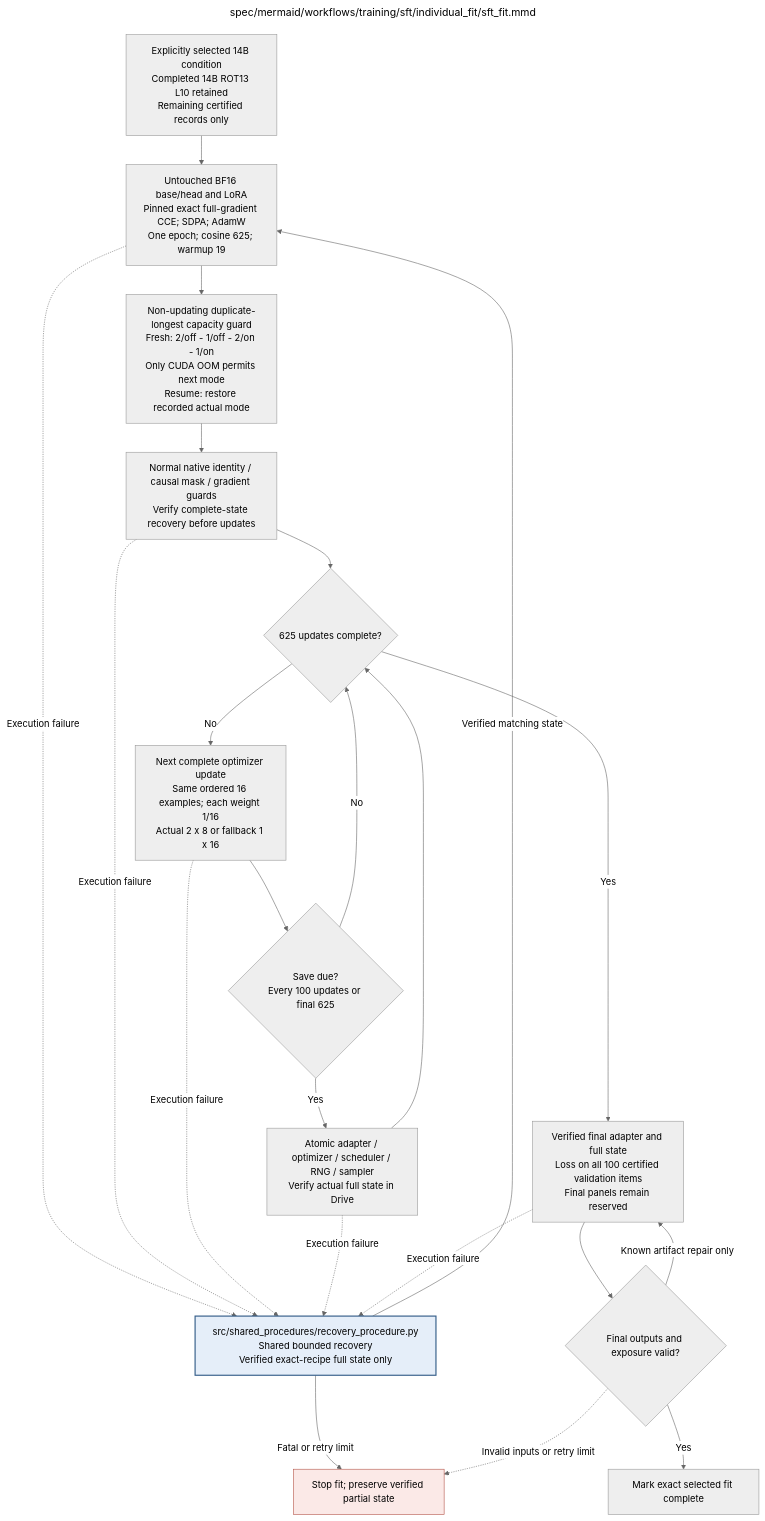
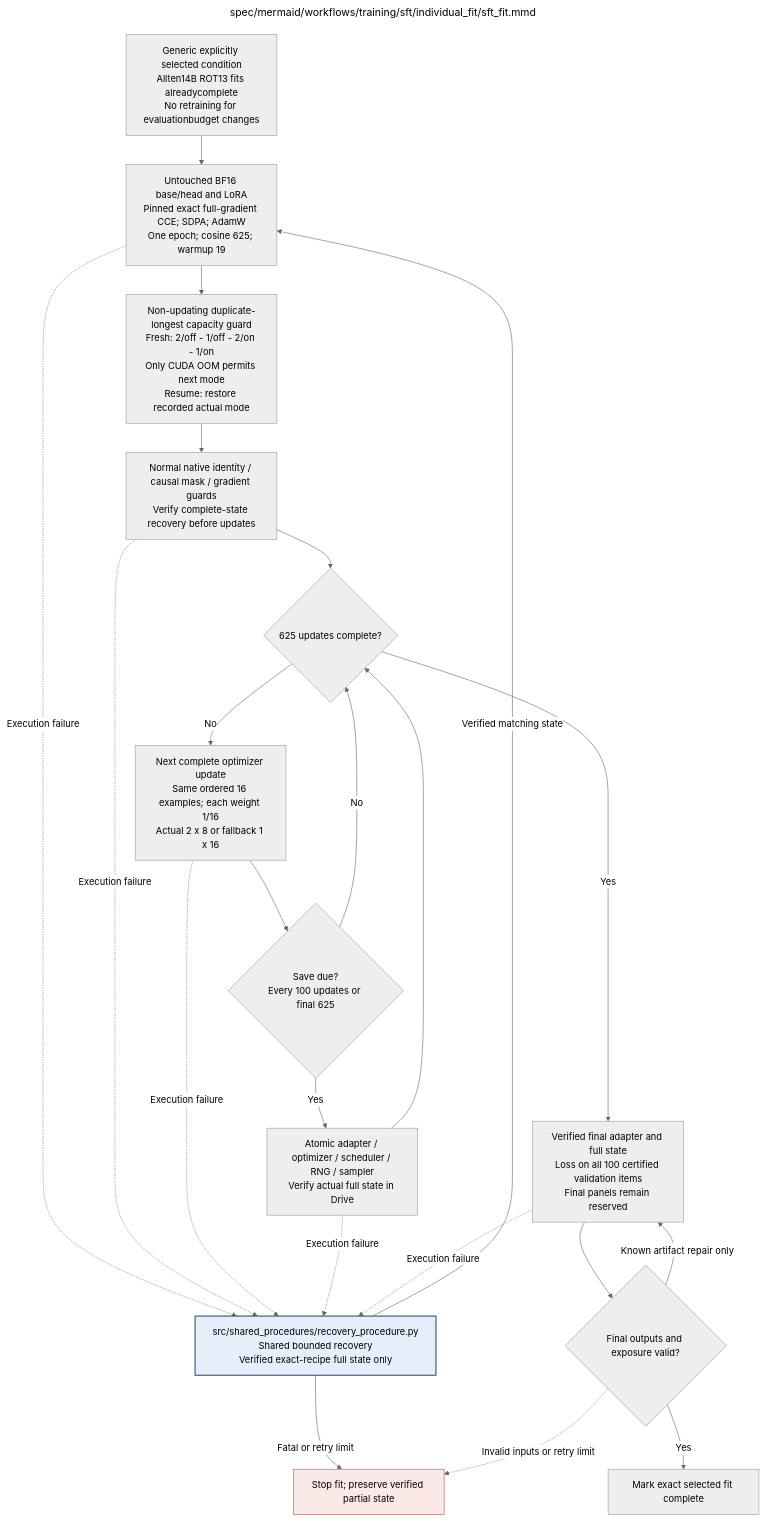
One commit to AJUNNYC/inducing_persistent_textual_chain_of_thought_illegibility changed the diagram in docs/modules/training/sft/individual_fit/sft_fit.md. Above: the diagram before and after it, drawn with Mermaid (neutral theme). The commit also changed other lines of this file and 38 other files, not shown here.

Commit message:
Document completed ROT13 matrix and long-budget GPQA evaluation

````diff
--- a/docs/modules/training/sft/individual_fit/sft_fit.md
+++ b/docs/modules/training/sft/individual_fit/sft_fit.md
@@ -128,61 +128,61 @@
 ```mermaid
 ---
 title: "spec/mermaid/workflows/training/sft/individual_fit/sft_fit.mmd"
 ---
 flowchart TD
 %% efficient_one_epoch_v1: BF16 unquantized base/head, full-gradient direct CCE, SDPA, AdamW.
 %% CCE pinned upstream; filter_eps=None, filter_e_grad=False, filter_c_grad=False.
 %% FP32 loss and hidden-gradient accumulation; no gradient pruning or Qwen patch.
 %% No materialized full token-by-vocabulary logits; no equivalence to historical FP32 head promised.
 %% All 10,000 examples once; 625 updates and 19 warmup; request micro 2 / accumulation 8 / effective 16.
 %% Capacity fallback micro 1 / accumulation 16; same ordered 16 examples/update, per-example weight 1/16.
 %% Execution grouping, padding, dropout draws and rounding differ; no measured batching speedup.
 %% Completion-only per-example means; full 4096 eligibility without truncation; seed 42.
 %% LoRA 8 / 16 / .05, all seven projections, LR 2e-4, zero decay, max norm .3.
 %% Checkpoints every 100 updates and final 625; actual Drive verification before retention/completion.
 %% Observed: 14B ROT13 L10 completed 625 with native guards passed; actual 1 x 16, checkpointing off.
 %% Final adapter/full state Drive-verified; source 2ea4fb9/config 6f7e5048 remain immutable.
-%% 19 selected 14B fits uncompleted; $240 authorized 13 Oct. No new worker launch implied.
+%% Allten14B ROT13 fitscomplete625 and Drive-verified; KaziTextL10 paused444, noautomaticrestart.
 %% Fresh non-updating duplicate-longest capacity guard: 2/off, 1/off, 2/on, 1/on; CUDA-OOM-only fallback.
 %% Exact-fit recovery restores recorded actual batch/accumulation/recomputation, never changes it.
 %% Policy v2 has a distinct execution identity; old NF4 or prior-policy states cannot be relabelled.
 %% Child: RECOVER => ../../../shared_procedures/recovery_procedure.mmd
-    INPUT["Explicitly selected 14B condition<br/>Completed 14B ROT13 L10 retained<br/>Remaining certified records only"]
+    INPUT["Generic explicitly selected condition<br/>Allten14B ROT13 fits alreadycomplete<br/>No retraining for evaluationbudget changes"]
     SETUP["Untouched BF16 base/head and LoRA<br/>Pinned exact full-gradient CCE; SDPA; AdamW<br/>One epoch; cosine 625; warmup 19"]
     CAPACITY["Non-updating duplicate-longest capacity guard<br/>Fresh: 2/off - 1/off - 2/on - 1/on<br/>Only CUDA OOM permits next mode<br/>Resume: restore recorded actual mode"]
     GUARDS["Normal native identity / causal mask / gradient guards<br/>Verify complete-state recovery before updates"]
     DONE{"625 updates complete?"}
     STEP["Next complete optimizer update<br/>Same ordered 16 examples; each weight 1/16<br/>Actual 2 x 8 or fallback 1 x 16"]
     DUE{"Save due?<br/>Every 100 updates or final 625"}
     SAVE["Atomic adapter / optimizer / scheduler / RNG / sampler<br/>Verify actual full state in Drive"]
     FINAL["Verified final adapter and full state<br/>Loss on all 100 certified validation items<br/>Final panels remain reserved"]
     AUDIT{"Final outputs and exposure valid?"}
     OUT["Mark exact selected fit complete"]
     RECOVER["src/shared_procedures/recovery_procedure.py<br/>Shared bounded recovery<br/>Verified exact-recipe full state only"]
     STOP["Stop fit; preserve verified partial state"]
     INPUT --> SETUP --> CAPACITY --> GUARDS --> DONE
     DONE -->|No| STEP --> DUE
     DUE -->|Yes| SAVE --> DONE
     DUE -->|No| DONE
     DONE -->|Yes| FINAL --> AUDIT
     AUDIT -->|Yes| OUT
     AUDIT -->|Known artifact repair only| FINAL
     SETUP -.->|Execution failure| RECOVER
     GUARDS -.->|Execution failure| RECOVER
     STEP -.->|Execution failure| RECOVER
     SAVE -.->|Execution failure| RECOVER
     FINAL -.->|Execution failure| RECOVER
     RECOVER -->|Verified matching state| SETUP
     RECOVER -->|Fatal or retry limit| STOP
     AUDIT -.->|Invalid inputs or retry limit| STOP
     classDef detail fill:#e5eef9,stroke:#365f8a,stroke-width:2px
     class RECOVER detail
     classDef stop fill:#fbe9e7,stroke:#b45448
     class STOP stop
 
 %% Repository module: src/training/sft/individual_fit/sft_fit.py
 %% Module documentation: docs/modules/training/sft/individual_fit/sft_fit.md
 %% Unit test: tests/unit/training/sft/individual_fit/test_sft_fit.py
 %% Owner: sft
 %% Source sections: C.2.2-C.2.4; E.1.3; E.2.4,E.2.6; H.9; authorized efficient redesign
 ```
````
